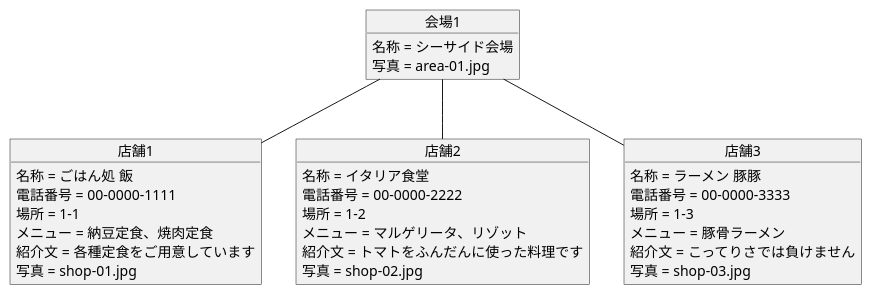
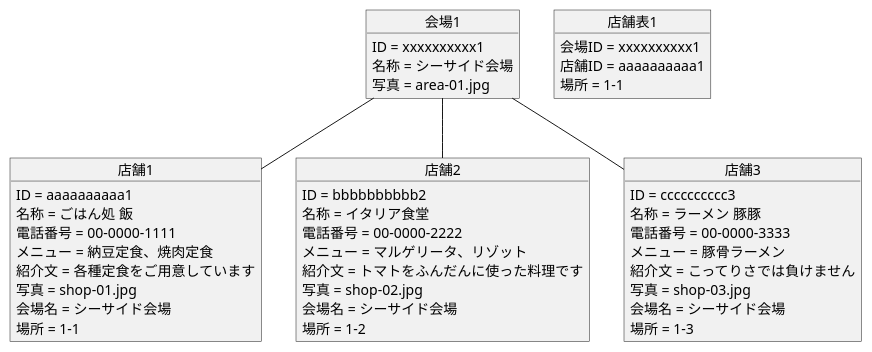
One commit to zakzakst/object-oriented-practice changed the second of 7 diagrams in 03_event-shop-app/3_実装用の図.md. Above: the diagram before and after it, drawn with PlantUML. The commit also changed other lines of this file, not shown here.

Commit message:
練習3：イベント店舗管理アプリ（実装用の図追加）

````diff
--- a/03_event-shop-app/3_実装用の図.md
+++ b/03_event-shop-app/3_実装用の図.md
@@ -24,35 +21,47 @@
 ```puml
 @startuml
 object 会場1
+会場1 : ID = xxxxxxxxxx1
 会場1 : 名称 = シーサイド会場
 会場1 : 写真 = area-01.jpg
 
 object 店舗1
+店舗1 : ID = aaaaaaaaaa1
 店舗1 : 名称 = ごはん処 飯
 店舗1 : 電話番号 = 00-0000-1111
-店舗1 : 場所 = 1-1
 店舗1 : メニュー = 納豆定食、焼肉定食
 店舗1 : 紹介文 = 各種定食をご用意しています
 店舗1 : 写真 = shop-01.jpg
+店舗1 : 会場名 = シーサイド会場
+店舗1 : 場所 = 1-1
 
 object 店舗2
+店舗2 : ID = bbbbbbbbbb2
 店舗2 : 名称 = イタリア食堂
 店舗2 : 電話番号 = 00-0000-2222
-店舗2 : 場所 = 1-2
 店舗2 : メニュー = マルゲリータ、リゾット
 店舗2 : 紹介文 = トマトをふんだんに使った料理です
 店舗2 : 写真 = shop-02.jpg
+店舗2 : 会場名 = シーサイド会場
+店舗2 : 場所 = 1-2
 
 object 店舗3
+店舗3 : ID = cccccccccc3
 店舗3 : 名称 = ラーメン 豚豚
 店舗3 : 電話番号 = 00-0000-3333
-店舗3 : 場所 = 1-3
 店舗3 : メニュー = 豚骨ラーメン
 店舗3 : 紹介文 = こってりさでは負けません
 店舗3 : 写真 = shop-03.jpg
+店舗3 : 会場名 = シーサイド会場
+店舗3 : 場所 = 1-3
+
+object 店舗表1
+店舗表1 : 会場ID = xxxxxxxxxx1
+店舗表1 : 店舗ID = aaaaaaaaaa1
+店舗表1 : 場所 = 1-1
 
 会場1 -- 店舗1
 会場1 -- 店舗2
 会場1 -- 店舗3
 @enduml
 ```
````
